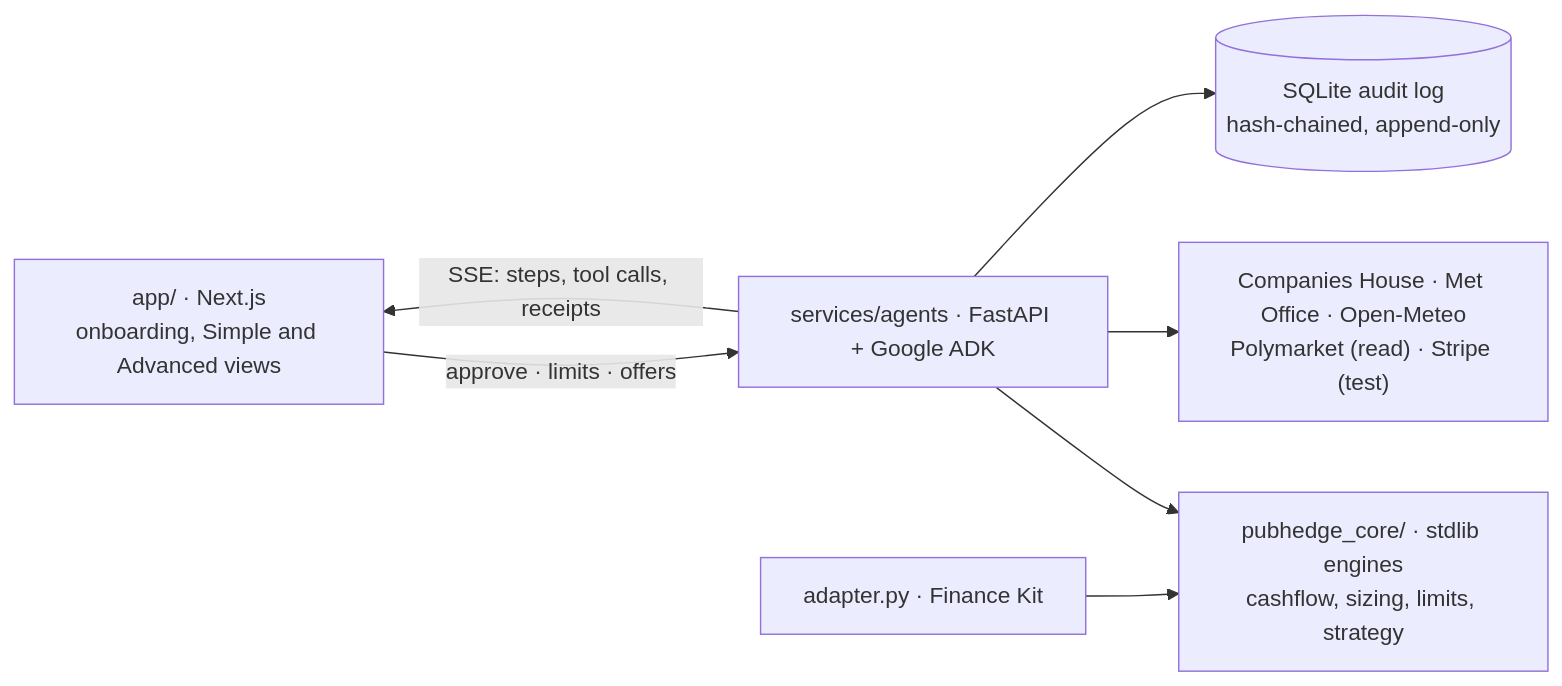
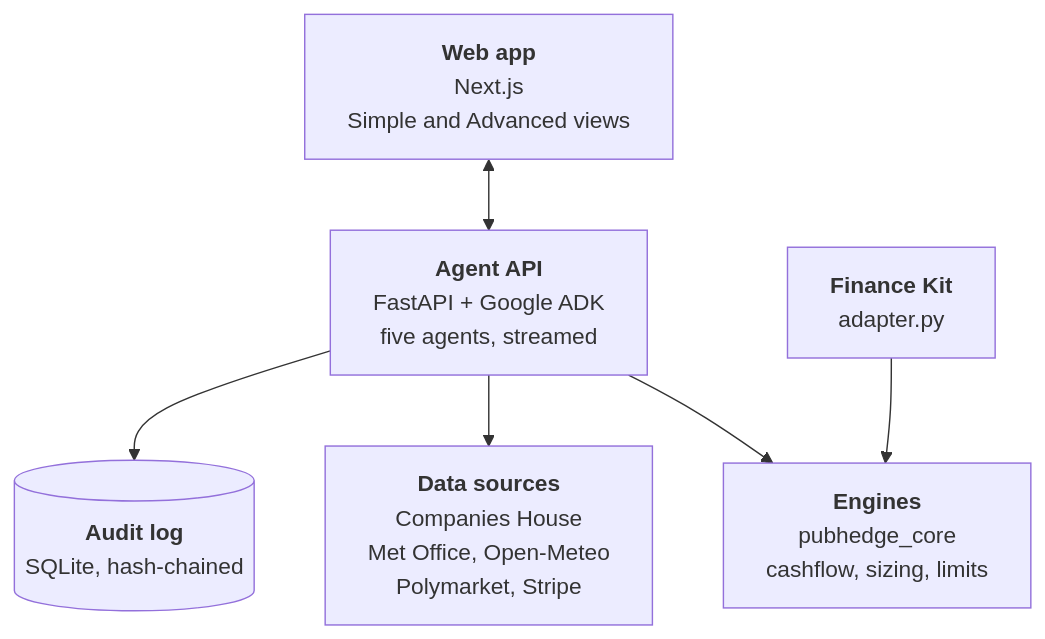
Before and after one commit to emirhanemre/agentverse_finance: the diagram in README.md, drawn with Mermaid. The commit also changed other lines of this file, not shown here.

Commit message:
docs: readme architecture diagram without cropped labels

````diff
--- a/README.md
+++ b/README.md
@@ -111,15 +111,14 @@
 ```mermaid
-flowchart LR
-  UI["app/ · Next.js<br/>onboarding, Simple and Advanced views"]
-  API["services/agents · FastAPI + Google ADK"]
-  CORE["pubhedge_core/ · stdlib engines<br/>cashflow, sizing, limits, strategy"]
-  SRC["Companies House · Met Office · Open-Meteo<br/>Polymarket (read) · Stripe (test)"]
-  LOG[("SQLite audit log<br/>hash-chained, append-only")]
-  KIT["adapter.py · Finance Kit"]
-  API -- "SSE: steps, tool calls, receipts" --> UI
-  UI -- "approve · limits · offers" --> API
+flowchart TB
+  UI["<b>Web app</b><br/>Next.js<br/>Simple and Advanced views"]
+  API["<b>Agent API</b><br/>FastAPI + Google ADK<br/>five agents, streamed"]
+  CORE["<b>Engines</b><br/>pubhedge_core<br/>cashflow, sizing, limits"]
+  SRC["<b>Data sources</b><br/>Companies House<br/>Met Office, Open-Meteo<br/>Polymarket, Stripe"]
+  LOG[("<b>Audit log</b><br/>SQLite, hash-chained")]
+  KIT["<b>Finance Kit</b><br/>adapter.py"]
+  UI <--> API
   API --> CORE
   API --> SRC
   API --> LOG
   KIT --> CORE
 ```
````
